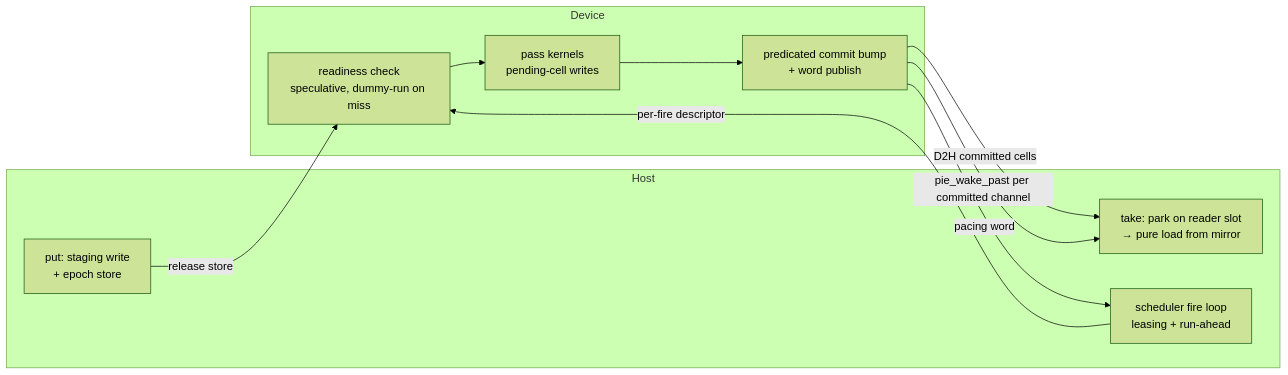
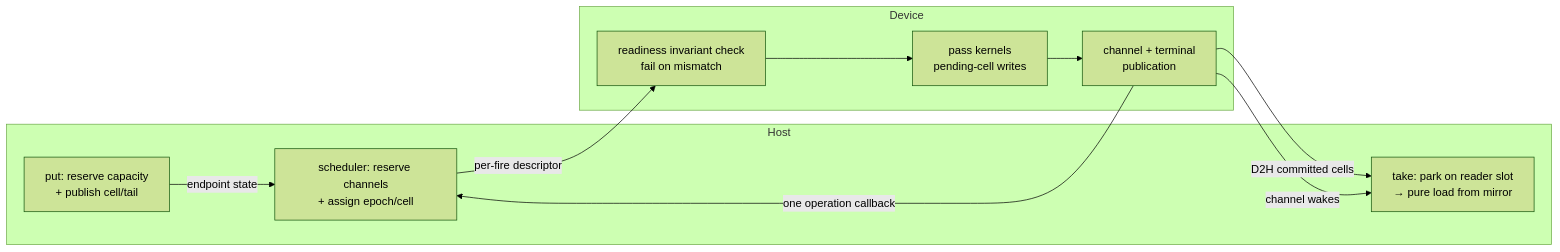
Before and after one commit to pie-project/pie: the diagram in boundary.md, drawn with Mermaid (forest theme). The commit also changed other lines of this file and 53 other files, not shown here.

````diff
--- a/boundary.md
+++ b/boundary.md
@@ -105,19 +122,19 @@
 ```mermaid
 flowchart LR
     subgraph Host
-      P[put: staging write<br/>+ epoch store]
-      S[scheduler fire loop<br/>leasing + run-ahead]
+      P[put: reserve capacity<br/>+ publish cell/tail]
+      S[scheduler: reserve channels<br/>+ assign epoch/cell]
       T[take: park on reader slot<br/>→ pure load from mirror]
     end
     subgraph Device
-      R[readiness check<br/>speculative, dummy-run on miss]
+      R[readiness invariant check<br/>fail on mismatch]
       K[pass kernels<br/>pending-cell writes]
-      C[predicated commit bump<br/>+ word publish]
+      C[channel + terminal<br/>publication]
     end
-    P -- release store --> R
+    P -- endpoint state --> S
     S -- per-fire descriptor --> R
     R --> K --> C
     C -- D2H committed cells --> T
-    C -- pie_wake_past per committed channel --> T
-    C -- pacing word --> S
+    C -- channel wakes --> T
+    C -- one operation callback --> S
 ```
````
